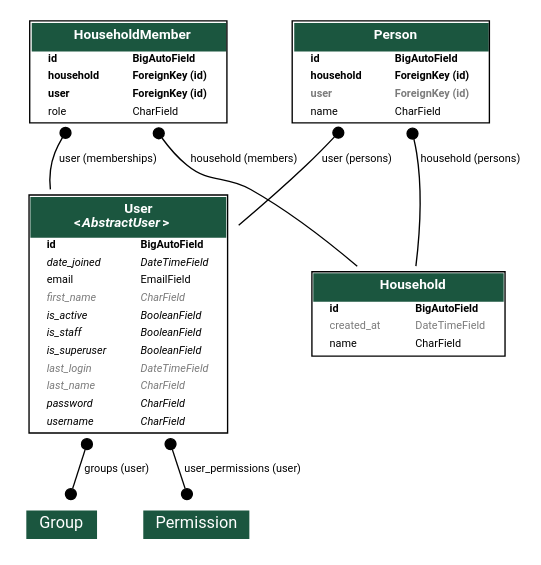
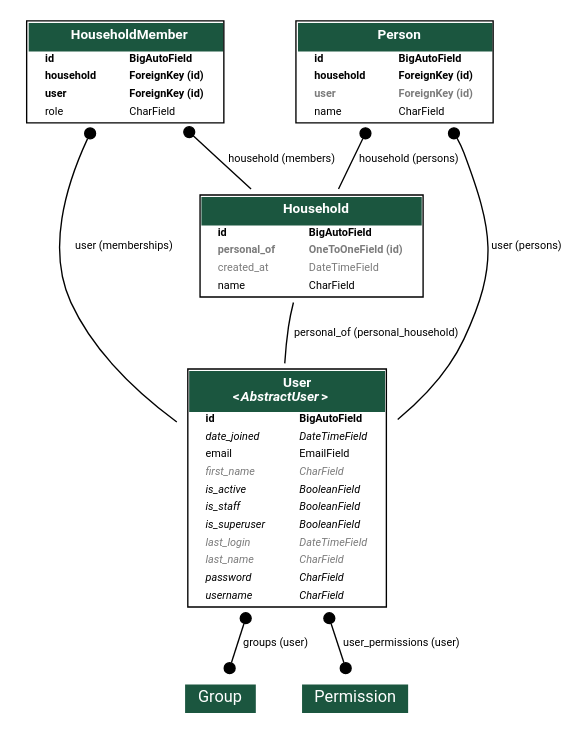
Before and after one commit to AxineTeam/tout-pris-api: the diagram in docs/model/schema.dot, drawn with Graphviz. The commit also changed 18 other files, not shown here.

```diff
--- a/docs/model/schema.dot
+++ b/docs/model/schema.dot
@@ -140,6 +140,14 @@
   
   
     <TR><TD ALIGN="LEFT" BORDER="0">
+    <FONT COLOR="#7B7B7B" FACE="Roboto"><B>personal_of</B></FONT>
+    </TD><TD ALIGN="LEFT">
+    <FONT COLOR="#7B7B7B" FACE="Roboto"><B>OneToOneField (id)</B></FONT>
+    </TD></TR>
+  
+  
+  
+    <TR><TD ALIGN="LEFT" BORDER="0">
     <FONT COLOR="#7B7B7B" FACE="Roboto">created_at</FONT>
     </TD><TD ALIGN="LEFT">
     <FONT COLOR="#7B7B7B" FACE="Roboto">DateTimeField</FONT>
@@ -265,6 +273,9 @@
   [label=" user_permissions (user)"] [arrowhead=dot arrowtail=dot, dir=both];
 
 
+  households_models_Household -> accounts_models_User
+  [label=" personal_of (personal_household)"] [arrowhead=none, arrowtail=none, dir=both];
+
   households_models_HouseholdMember -> households_models_Household
   [label=" household (members)"] [arrowhead=none, arrowtail=dot, dir=both];
 
```
